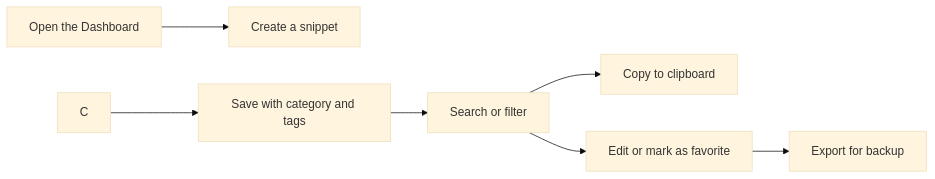
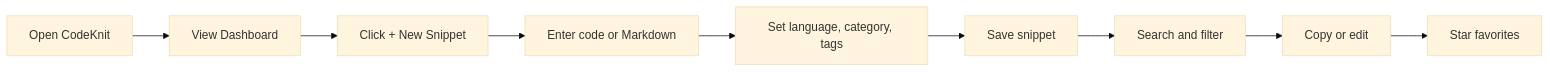
The second of 2 diagrams in api2-documentation/plan_2026-11-02_f8890e/user-facing-docs/product-overview.md (Mohita111/API2), drawn with Mermaid (base theme) before and after one commit. The commit also changed other lines of this file and 13 other files, not shown here.

````diff
--- a/api2-documentation/plan_2026-11-02_f8890e/user-facing-docs/product-overview.md
+++ b/api2-documentation/plan_2026-11-02_f8890e/user-facing-docs/product-overview.md
@@ -30,9 +49,11 @@
 ```mermaid
 graph LR
-    A[Open the Dashboard] --> B[Create a snippet]
-    C --> D[Save with category and tags]
-    D --> E[Search or filter]
-    E --> F[Copy to clipboard]
-    E --> G[Edit or mark as favorite]
-    G --> H[Export for backup]
+    A[Open CodeKnit] --> B[View Dashboard]
+    B --> C[Click + New Snippet]
+    C --> D[Enter code or Markdown]
+    D --> E["Set language, category, tags"]
+    E --> F[Save snippet]
+    F --> G[Search and filter]
+    G --> H[Copy or edit]
+    H --> I[Star favorites]
 ```
````
